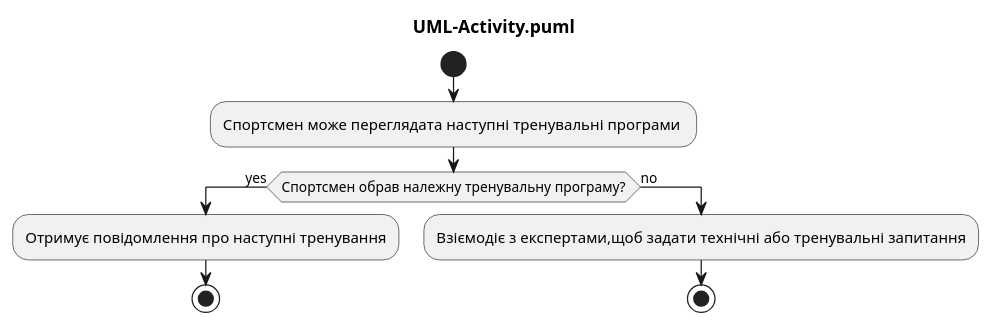
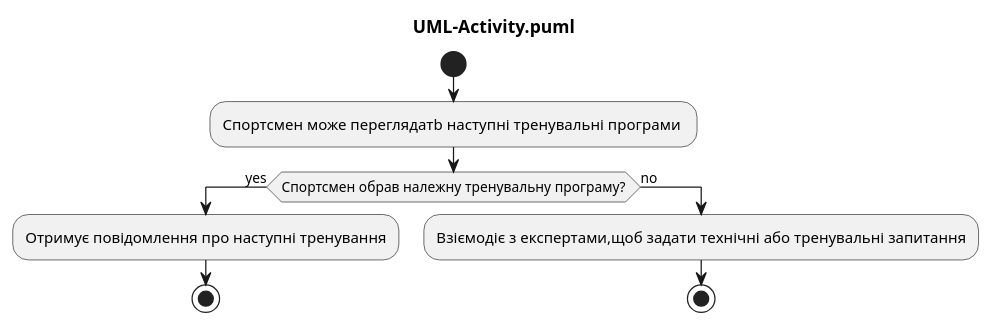
The diagram in 2-SoftwareDesign/2.7-PlantUML/UML-Activity.puml (oleksandrblazhko/ai-212-socheslo), drawn with PlantUML before and after one commit.

```diff
--- a/2-SoftwareDesign/2.7-PlantUML/UML-Activity.puml
+++ b/2-SoftwareDesign/2.7-PlantUML/UML-Activity.puml
@@ -1,15 +1,15 @@
 @startuml
 title UML-Activity.puml
 
 start
 
-:Спортсмен може переглядата наступні тренувальні програми ; 
+:Спортсмен може переглядатb наступні тренувальні програми ; 
 
 if (Спортсмен обрав належну тренувальну програму?) then (yes)
   :Отримує повідомлення про наступні тренування;
 stop
 else (no)
   :Взіємодіє з експертами,щоб задати технічні або тренувальні запитання;
 
 stop
 @enduml
```
